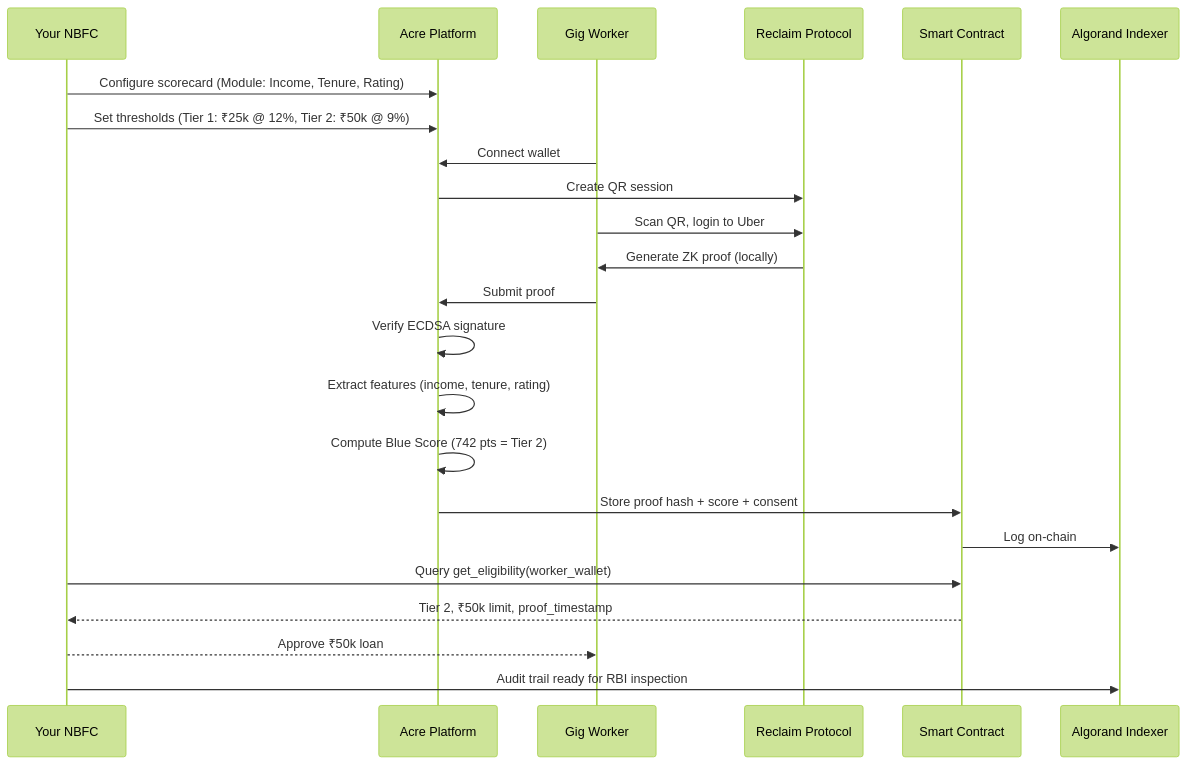
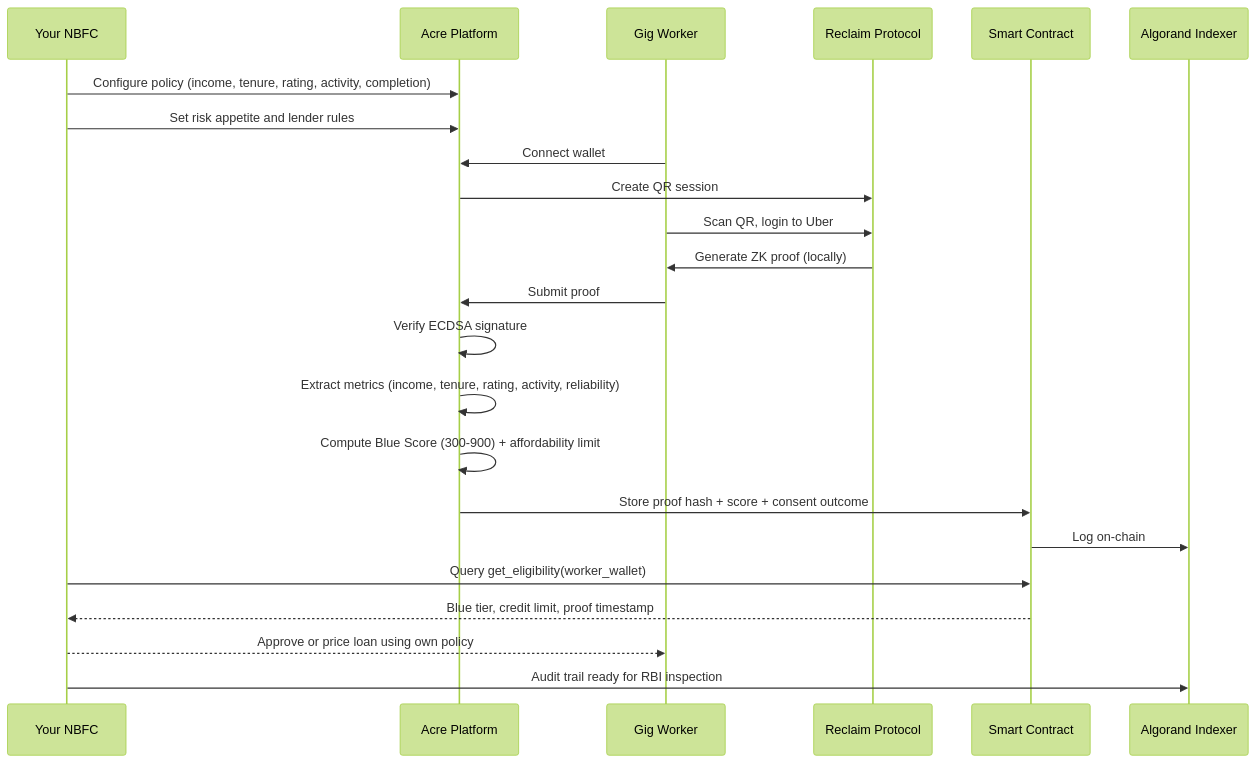
One commit to SomehowLiving/Acre changed the second of 3 diagrams in README.md. Above: the diagram before and after it, drawn with Mermaid (forest theme). The commit also changed other lines of this file and 17 other files, not shown here.

Commit message:
feat: enhance Acre verification contract and testnet deployment flow

````diff
--- a/README.md
+++ b/README.md
@@ -155,28 +155,28 @@
 ```mermaid
 sequenceDiagram
     participant L as Your NBFC
     participant F as Acre Platform
     participant W as Gig Worker
     participant R as Reclaim Protocol
     participant SC as Smart Contract
     participant I as Algorand Indexer
 
-    L->>F: Configure scorecard (Module: Income, Tenure, Rating)
-    L->>F: Set thresholds (Tier 1: ₹25k @ 12%, Tier 2: ₹50k @ 9%)
+    L->>F: Configure policy (income, tenure, rating, activity, completion)
+    L->>F: Set risk appetite and lender rules
     
     W->>F: Connect wallet
     F->>R: Create QR session
     W->>R: Scan QR, login to Uber
     R->>W: Generate ZK proof (locally)
     W->>F: Submit proof
     F->>F: Verify ECDSA signature
-    F->>F: Extract features (income, tenure, rating)
-    F->>F: Compute Blue Score (742 pts = Tier 2)
-    F->>SC: Store proof hash + score + consent
+    F->>F: Extract metrics (income, tenure, rating, activity, reliability)
+    F->>F: Compute Blue Score (300-900) + affordability limit
+    F->>SC: Store proof hash + score + consent outcome
     SC->>I: Log on-chain
     
     L->>SC: Query get_eligibility(worker_wallet)
-    SC-->>L: Tier 2, ₹50k limit, proof_timestamp
-    L-->>W: Approve ₹50k loan
+    SC-->>L: Blue tier, credit limit, proof timestamp
+    L-->>W: Approve or price loan using own policy
     L->>I: Audit trail ready for RBI inspection
 ```
````
